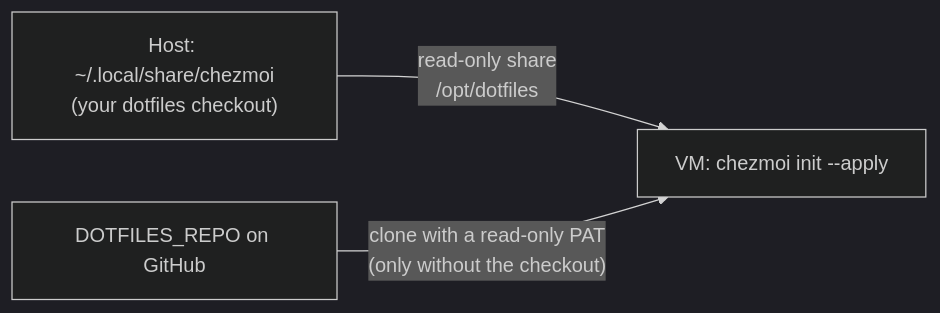
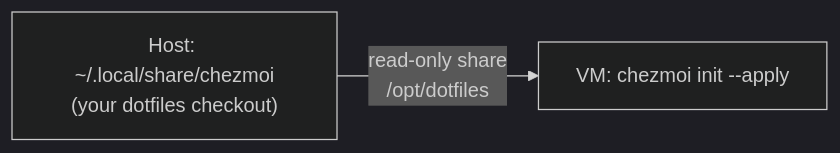
Before and after one commit to g8rasec/vagrant-sandbox: the first of 2 diagrams in README.md, drawn with Mermaid (dark theme). The commit also changed other lines of this file and 1 other file, not shown here.

First line of the commit message:
refactor(vagrant): drop the read-only github token

````diff
--- a/README.md
+++ b/README.md
@@ -59,5 +58,4 @@
 ```mermaid
 flowchart LR
   H["Host: ~/.local/share/chezmoi<br/>(your dotfiles checkout)"] -- "read-only share<br/>/opt/dotfiles" --> V["VM: chezmoi init --apply"]
-  R["DOTFILES_REPO on GitHub"] -- "clone with a read-only PAT<br/>(only without the checkout)" --> V
 ```
````
